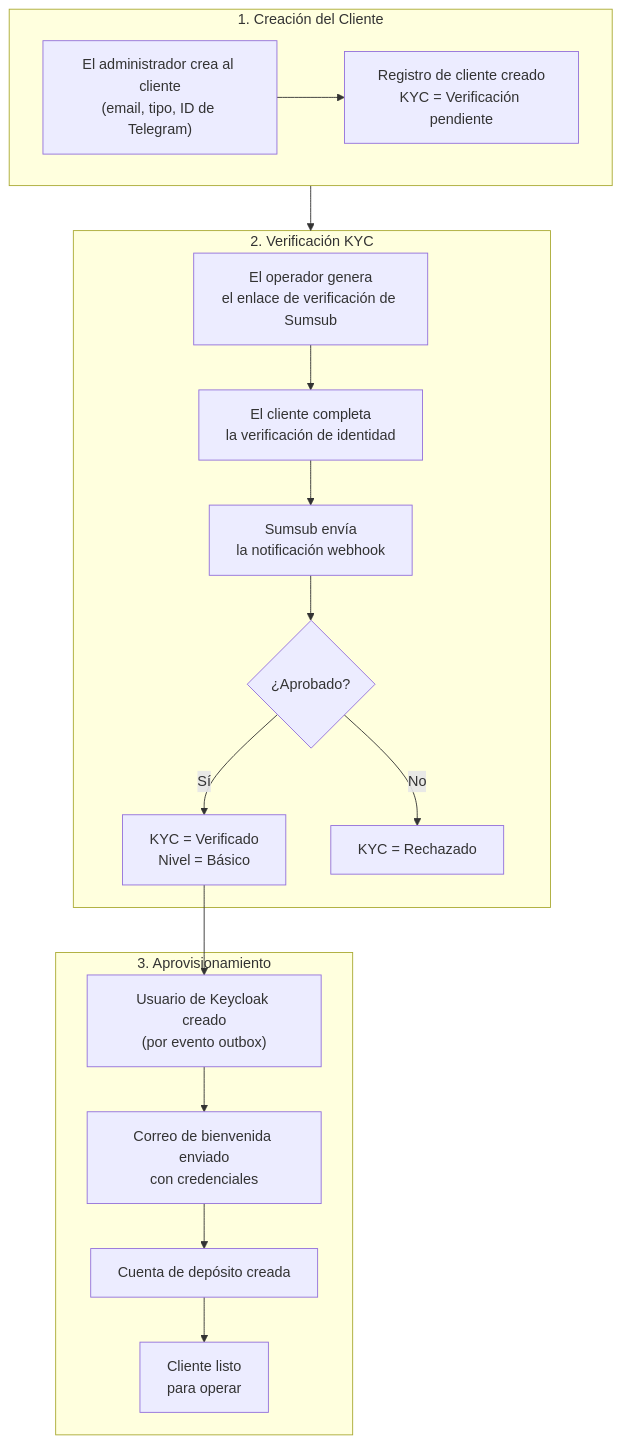
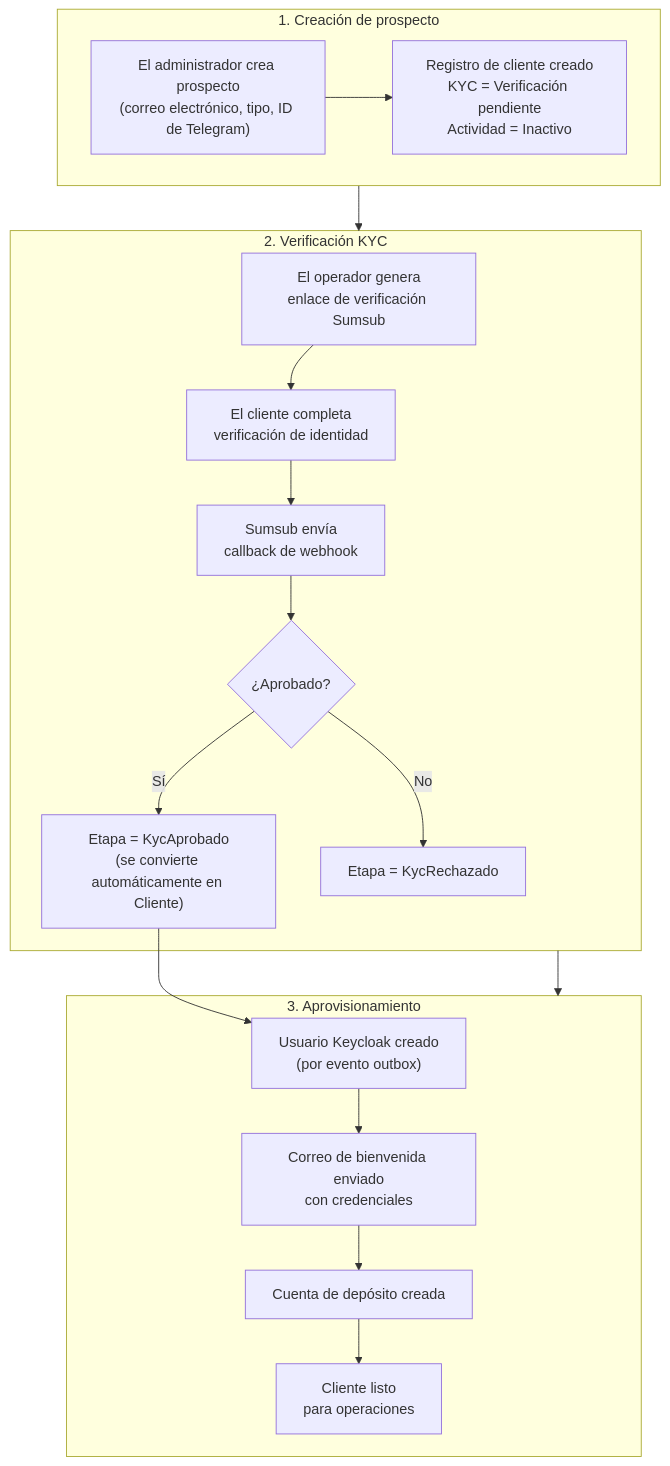
One commit to GaloyMoney/lana-bank changed the diagram in docs-site/i18n/es/docusaurus-plugin-content-docs/current/technical-documentation/customers/onboarding.md. Above: the diagram before and after it, drawn with Mermaid. The commit also changed other lines of this file and 15 other files, not shown here.

````diff
--- a/docs-site/i18n/es/docusaurus-plugin-content-docs/current/technical-documentation/customers/onboarding.md
+++ b/docs-site/i18n/es/docusaurus-plugin-content-docs/current/technical-documentation/customers/onboarding.md
@@ -13,19 +13,20 @@
 ```mermaid
 graph TD
-    subgraph S1["1. Creación del Cliente"]
-        CREATE["El administrador crea al cliente<br/>(email, tipo, ID de Telegram)"] --> PENDING["Registro de cliente creado<br/>KYC = Verificación pendiente"]
+    subgraph S1["1. Creación de prospecto"]
+        CREATE["El administrador crea prospecto<br/>(correo electrónico, tipo, ID de Telegram)"] --> PENDING["Registro de cliente creado<br/>KYC = Verificación pendiente<br/>Actividad = Inactivo"]
     end
     subgraph S2["2. Verificación KYC"]
-        LINK["El operador genera<br/>el enlace de verificación de Sumsub"] --> CUST["El cliente completa<br/>la verificación de identidad"] --> HOOK["Sumsub envía<br/>la notificación webhook"]
+        LINK["El operador genera<br/>enlace de verificación Sumsub"] --> CUST["El cliente completa<br/>verificación de identidad"] --> HOOK["Sumsub envía<br/>callback de webhook"]
         HOOK --> RESULT{¿Aprobado?}
-        RESULT -->|Sí| APPROVED["KYC = Verificado<br/>Nivel = Básico"]
-        RESULT -->|No| REJECTED["KYC = Rechazado"]
+        RESULT -->|Sí| KYCBASIC["Etapa = KycAprobado<br/>(se convierte automáticamente en Cliente)"]
+        RESULT -->|No| KYCDECLINED["Etapa = KycRechazado"]
     end
     subgraph S3["3. Aprovisionamiento"]
-        APPROVED --> KC["Usuario de Keycloak creado<br/>(por evento outbox)"]
+        KYCBASIC --> KC["Usuario Keycloak creado<br/>(por evento outbox)"]
         KC --> EMAIL["Correo de bienvenida enviado<br/>con credenciales"]
         EMAIL --> DEPACC["Cuenta de depósito creada"]
-        DEPACC --> ACTIVE["Cliente listo<br/>para operar"]
+        DEPACC --> ACTIVE["Cliente listo<br/>para operaciones"]
     end
     S1 --> S2
+    S2 --> S3
 ```
````
